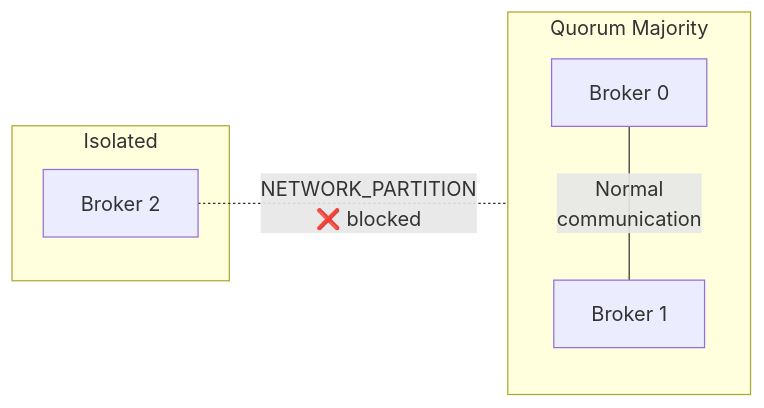
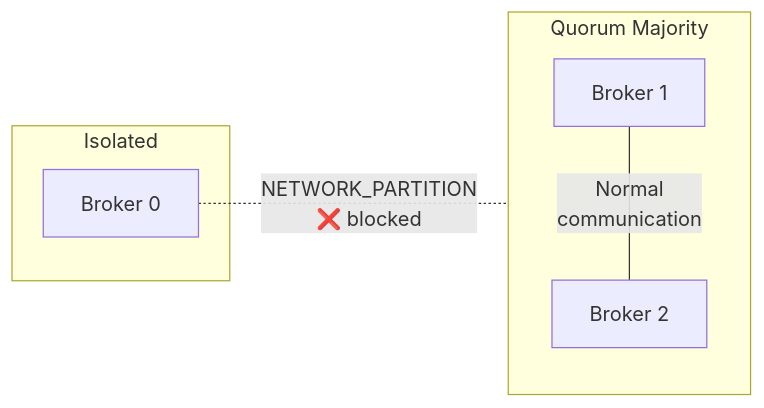
The fourth of 9 diagrams in docs/book/07-chaos-practice.md (actions-marketplace-validations/bmscomp_kates), drawn with Mermaid before and after one commit. The commit also changed other lines of this file and 1 other file, not shown here.

````diff
--- a/docs/book/07-chaos-practice.md
+++ b/docs/book/07-chaos-practice.md
@@ -196,14 +196,14 @@
 ```mermaid
 graph LR
     subgraph Majority["Quorum Majority"]
-        B0[Broker 0]
         B1[Broker 1]
+        B2[Broker 2]
     end
     
     subgraph Isolated["Isolated"]
-        B2[Broker 2]
+        B0[Broker 0]
     end
     
-    B0 ---|"Normal<br/>communication"| B1
-    B2 -.-|"NETWORK_PARTITION<br/>❌ blocked"| Majority
+    B1 ---|"Normal<br/>communication"| B2
+    B0 -.-|"NETWORK_PARTITION<br/>❌ blocked"| Majority
 ```
````
